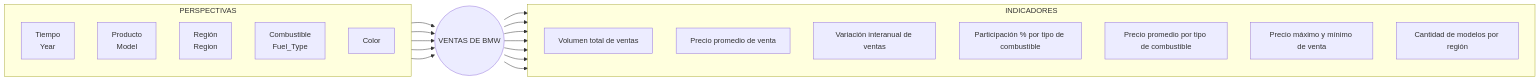
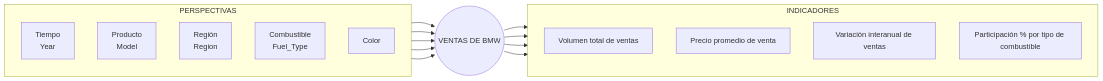
One commit to TomasVogt/practico2-BDA changed the diagram in entrega_requerimientos.md. Above: the diagram before and after it, drawn with Mermaid. The commit also changed other lines of this file, not shown here.

````diff
--- a/entrega_requerimientos.md
+++ b/entrega_requerimientos.md
@@ -129,38 +122,32 @@
 ```mermaid
 flowchart LR
     subgraph PERSPECTIVAS
         direction TB
         P1[Tiempo<br/>Year]
         P2[Producto<br/>Model]
         P3[Región<br/>Region]
         P4[Combustible<br/>Fuel_Type]
         P5[Color]
     end
 
     V((VENTAS DE BMW))
 
     P1 --> V
     P2 --> V
     P3 --> V
     P4 --> V
     P5 --> V
 
     subgraph INDICADORES
         direction TB
         I1[Volumen total de ventas]
         I2[Precio promedio de venta]
         I3[Variación interanual de ventas]
         I4[Participación % por tipo de combustible]
-        I5[Precio promedio por tipo de combustible]
-        I6[Precio máximo y mínimo de venta]
-        I7[Cantidad de modelos por región]
     end
 
     V --> I1
     V --> I2
     V --> I3
     V --> I4
-    V --> I5
-    V --> I6
-    V --> I7
 ```
````
